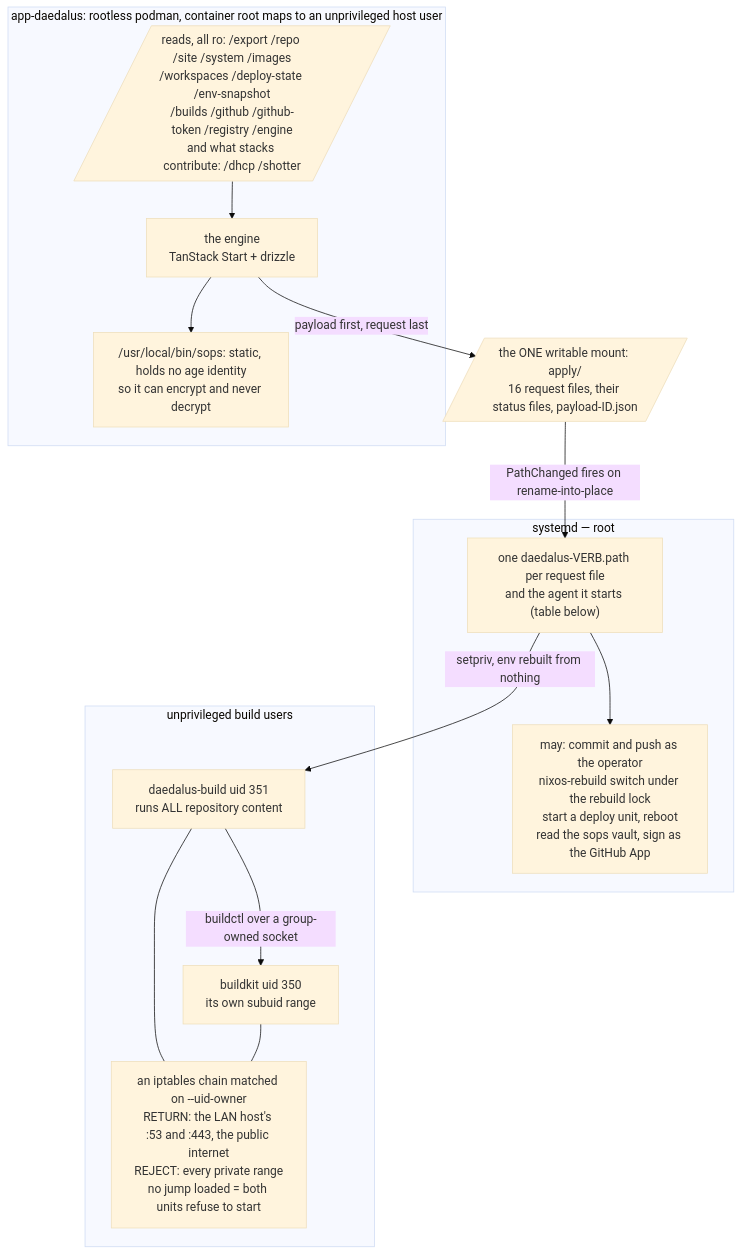
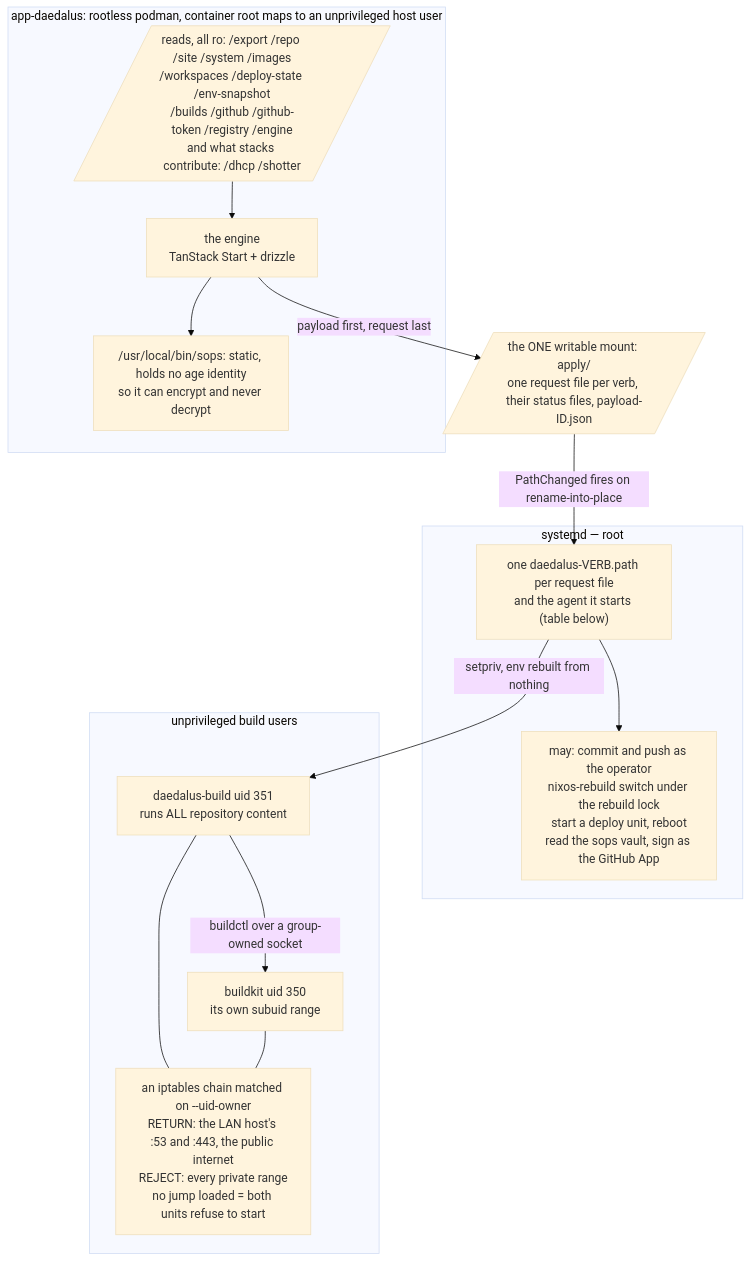
The second of 5 diagrams in ARCHITECTURE.md (santiagotoscanini/daedalus), drawn with Mermaid (base theme) before and after one commit. The commit also changed other lines of this file and 32 other files, not shown here.

````diff
--- a/ARCHITECTURE.md
+++ b/ARCHITECTURE.md
@@ -85,30 +85,30 @@
 ```mermaid
 flowchart TB
   subgraph unpriv["app-daedalus: rootless podman, container root maps to an unprivileged host user"]
     Engine["the engine<br/>TanStack Start + drizzle"]
     Rd[/"reads, all ro: /export /repo /site /system /images<br/>/workspaces /deploy-state /env-snapshot<br/>/builds /github /github-token /registry /engine<br/>and what stacks contribute: /dhcp /shotter"/]
     Sops["/usr/local/bin/sops: static, holds no age identity<br/>so it can encrypt and never decrypt"]
   end
 
-  Wr[/"the ONE writable mount: apply/<br/>16 request files, their status files, payload-ID.json"/]
+  Wr[/"the ONE writable mount: apply/<br/>one request file per verb, their status files, payload-ID.json"/]
 
   subgraph priv["systemd — root"]
     P["one daedalus-VERB.path per request file<br/>and the agent it starts (table below)"]
     Caps["may: commit and push as the operator<br/>nixos-rebuild switch under the rebuild lock<br/>start a deploy unit, reboot<br/>read the sops vault, sign as the GitHub App"]
   end
 
   subgraph fenced["unprivileged build users"]
     BU["daedalus-build uid 351<br/>runs ALL repository content"]
     BKU["buildkit uid 350<br/>its own subuid range"]
     Fence["an iptables chain matched on --uid-owner<br/>RETURN: the LAN host's :53 and :443, the public internet<br/>REJECT: every private range<br/>no jump loaded = both units refuse to start"]
   end
 
   Rd --> Engine
   Engine --> Sops
   Engine -- "payload first, request last" --> Wr
   Wr -- "PathChanged fires on rename-into-place" --> P --> Caps
   P -- "setpriv, env rebuilt from nothing" --> BU
   BU -- "buildctl over a group-owned socket" --> BKU
   BU --- Fence
   BKU --- Fence
 ```
````
